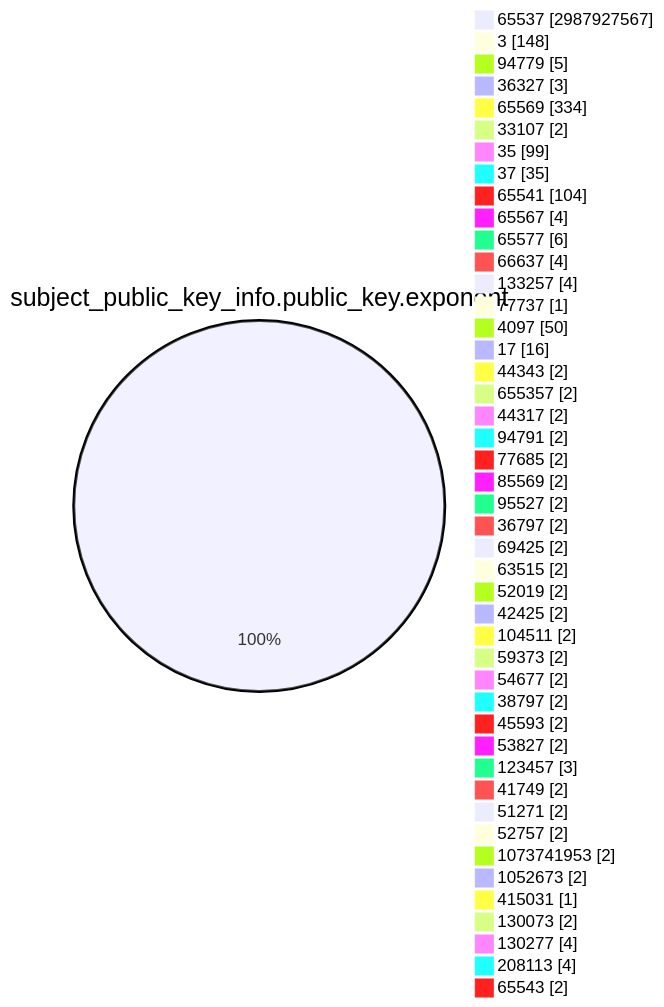
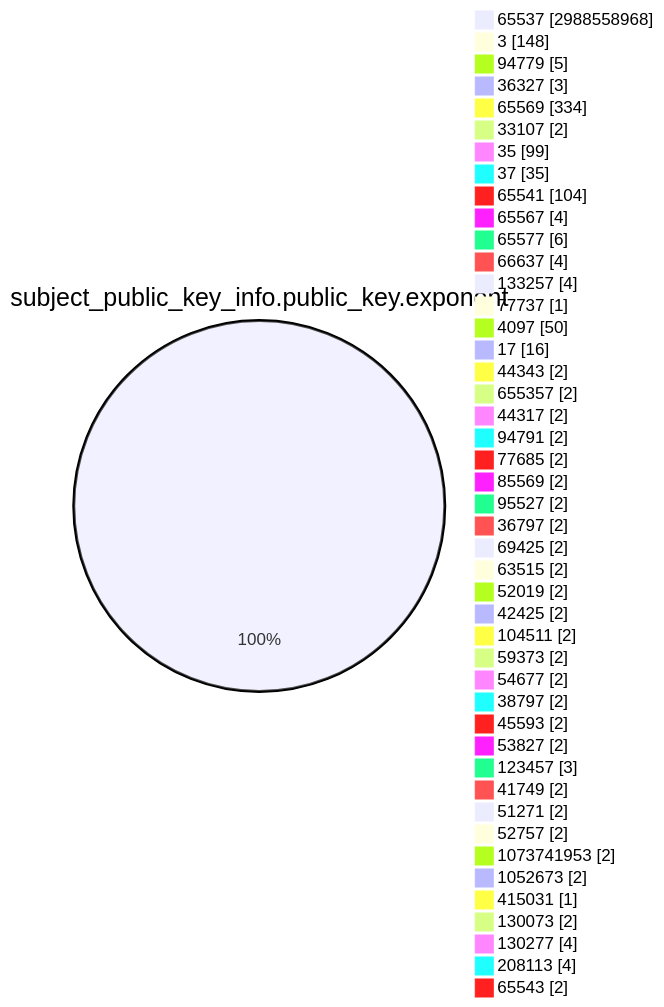
The fourth of 15 diagrams in TOTAL/README.md (christiankrug/ctmonitor_visualization), drawn with Mermaid before and after one commit. The commit also changed other lines of this file, not shown here.

````diff
--- a/TOTAL/README.md
+++ b/TOTAL/README.md
@@ -1472,49 +1472,49 @@
 ```mermaid
 pie showData
 title subject_public_key_info.public_key.exponent
-"65537" :2987927567
+"65537" :2988558968
 "3" :148
 "94779" :5
 "36327" :3
 "65569" :334
 "33107" :2
 "35" :99
 "37" :35
 "65541" :104
 "65567" :4
 "65577" :6
 "66637" :4
 "133257" :4
 "77737" :1
 "4097" :50
 "17" :16
 "44343" :2
 "655357" :2
 "44317" :2
 "94791" :2
 "77685" :2
 "85569" :2
 "95527" :2
 "36797" :2
 "69425" :2
 "63515" :2
 "52019" :2
 "42425" :2
 "104511" :2
 "59373" :2
 "54677" :2
 "38797" :2
 "45593" :2
 "53827" :2
 "123457" :3
 "41749" :2
 "51271" :2
 "52757" :2
 "1073741953" :2
 "1052673" :2
 "415031" :1
 "130073" :2
 "130277" :4
 "208113" :4
 "65543" :2
 ```
````
